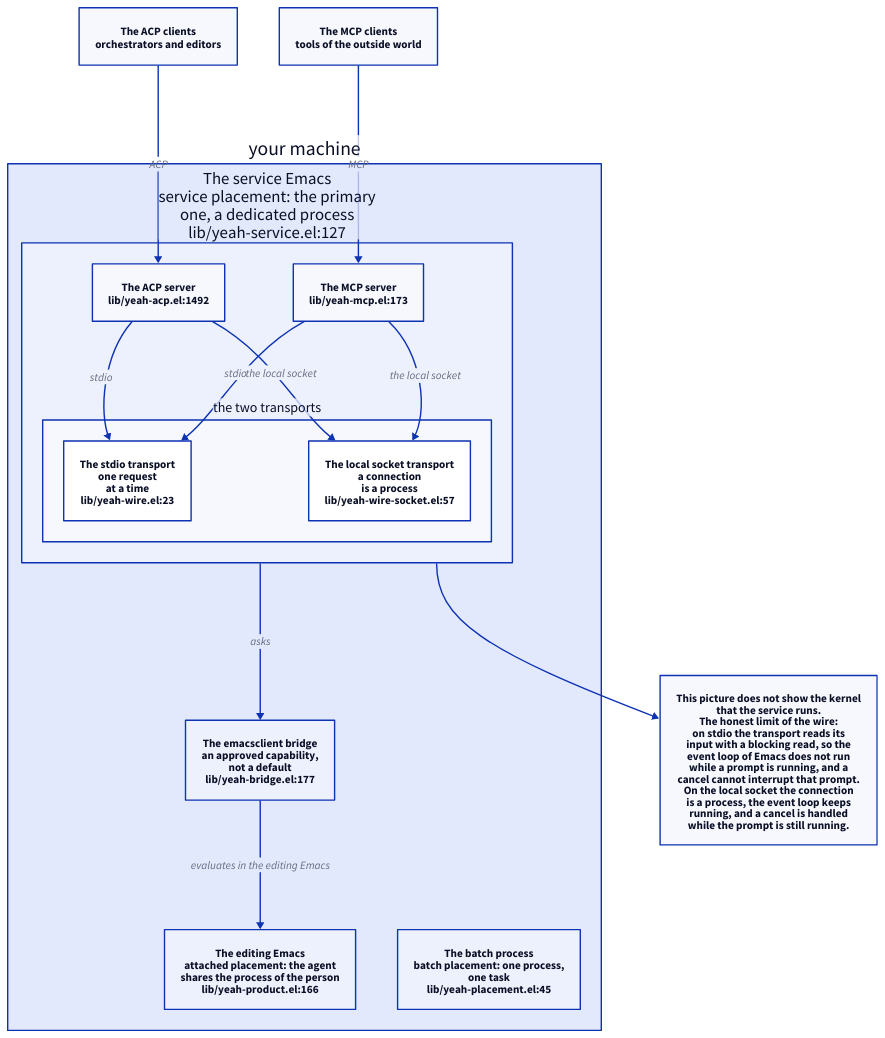
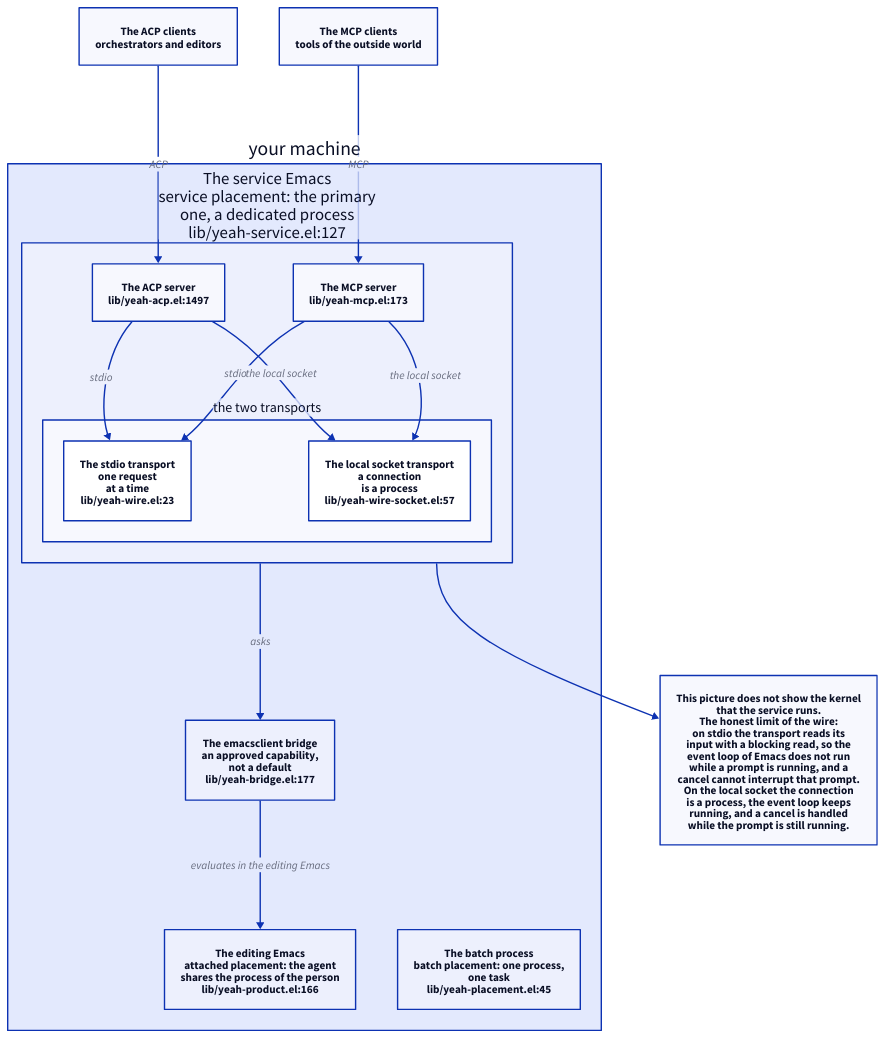
The diagram in site/diagrams/placements.d2 (11111000000/yeah), drawn with D2 before and after one commit. The commit also changed 10 other files, not shown here.

Commit message:
fix(agent): make controls bite and refresh diagrams

```diff
--- a/site/diagrams/placements.d2
+++ b/site/diagrams/placements.d2
@@ -1,72 +1,72 @@
 # Where Yeah runs, and who talks to it.
 #
 # The three placements of `docs/ARCHITECTURE.md' section 7 -- attached,
 # service and batch -- are three ways of giving the kernel a session, a
 # transport and an answerer; the kernel itself does not know in which of
 # them it runs.  This picture says where each of them lives and what speaks
 # to it.
 #
 # The service is the primary placement (the decision of the owner of
 # 2026-11-12): a dedicated Emacs process runs the harness, so the editing
 # Emacs never shares a thread with a long turn.
 #
 # Every block names the file that implements it, as `file:line'.
 
 direction: down
 
 machine: "your machine" {
   attached: "The editing Emacs\nattached placement: the agent\nshares the process of the person\nlib/yeah-product.el:166"
   service: "The service Emacs\nservice placement: the primary\none, a dedicated process\nlib/yeah-service.el:127" {
     class: subject
-    acp: "The ACP server\nlib/yeah-acp.el:1492"
+    acp: "The ACP server\nlib/yeah-acp.el:1497"
     mcp: "The MCP server\nlib/yeah-mcp.el:173"
     transports: "the two transports" {
       stdio: "The stdio transport\none request\nat a time\nlib/yeah-wire.el:23"
       socket: "The local socket transport\na connection\nis a process\nlib/yeah-wire-socket.el:57"
     }
   }
   batch: "The batch process\nbatch placement: one process,\none task\nlib/yeah-placement.el:45"
   bridge: "The emacsclient bridge\nan approved capability,\nnot a default\nlib/yeah-bridge.el:177"
 }
 
 acp_clients: "The ACP clients\norchestrators and editors"
 mcp_clients: "The MCP clients\ntools of the outside world"
 
 acp_clients -> machine.service.acp: {
   class: request
   label: "ACP"
 }
 mcp_clients -> machine.service.mcp: {
   class: request
   label: "MCP"
 }
 machine.service.acp -> machine.service.transports.stdio: {
   class: flow
   label: "stdio"
 }
 machine.service.acp -> machine.service.transports.socket: {
   class: flow
   label: "the local socket"
 }
 machine.service.mcp -> machine.service.transports.stdio: {
   class: flow
   label: "stdio"
 }
 machine.service.mcp -> machine.service.transports.socket: {
   class: flow
   label: "the local socket"
 }
 machine.service -> machine.bridge: {
   class: capability
   label: "asks"
 }
 machine.bridge -> machine.attached: {
   class: capability
   label: "evaluates in the editing Emacs"
 }
 
 note: "This picture does not show the kernel\nthat the service runs.\nThe honest limit of the wire:\non stdio the transport reads its\ninput with a blocking read, so the\nevent loop of Emacs does not run\nwhile a prompt is running, and a\ncancel cannot interrupt that prompt.\nOn the local socket the connection\nis a process, the event loop keeps\nrunning, and a cancel is handled\nwhile the prompt is still running."
 
 machine.service -> note: {
   class: hidden
 }
```
